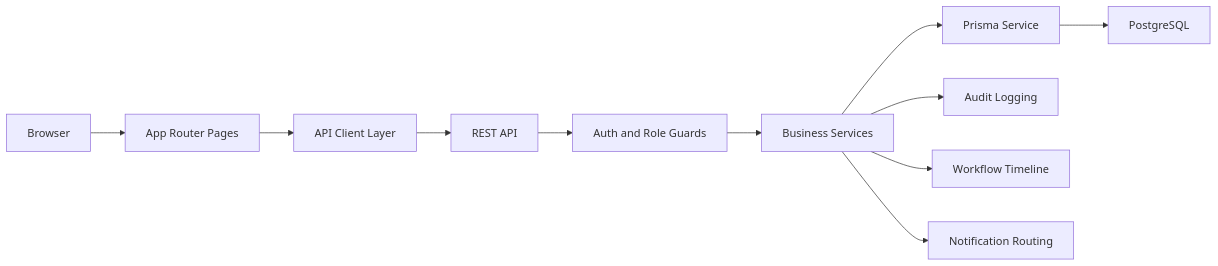
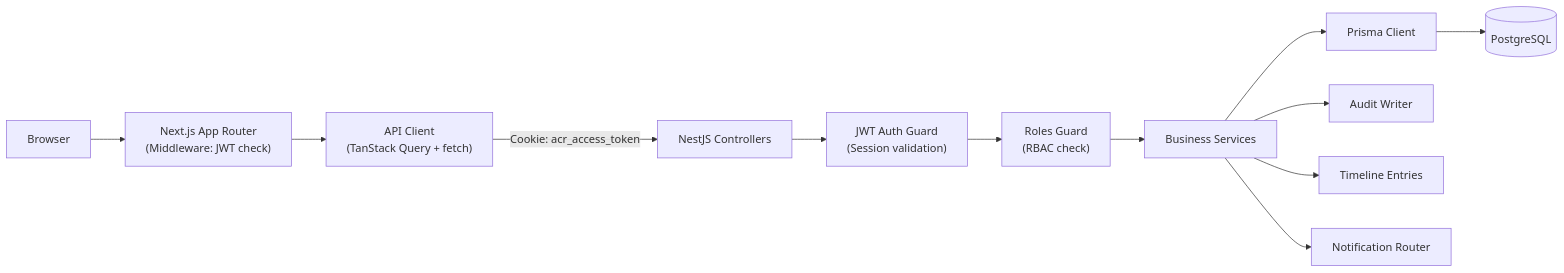
The second of 7 diagrams in README.md (Aliktk/smart-acr), drawn with Mermaid before and after one commit. The commit also changed other lines of this file and 275 other files, not shown here.

````diff
--- a/README.md
+++ b/README.md
@@ -150,13 +128,14 @@
 ```mermaid
 flowchart LR
-    Browser --> Routes[App Router Pages]
-    Routes --> Client[API Client Layer]
-    Client --> Backend[REST API]
-    Backend --> Guards[Auth and Role Guards]
-    Guards --> Services[Business Services]
-    Services --> Prisma[Prisma Service]
-    Prisma --> Postgres[PostgreSQL]
-    Services --> AuditTrail[Audit Logging]
-    Services --> Timeline[Workflow Timeline]
-    Services --> Notifications[Notification Routing]
+    Browser --> AppRouter["Next.js App Router\n(Middleware: JWT check)"]
+    AppRouter --> APIClient["API Client\n(TanStack Query + fetch)"]
+    APIClient -->|Cookie: acr_access_token| REST["NestJS Controllers"]
+    REST --> JWTGuard["JWT Auth Guard\n(Session validation)"]
+    JWTGuard --> RolesGuard["Roles Guard\n(RBAC check)"]
+    RolesGuard --> Services["Business Services"]
+    Services --> Prisma["Prisma Client"]
+    Prisma --> PostgreSQL[(PostgreSQL)]
+    Services --> AuditWriter["Audit Writer"]
+    Services --> Timeline["Timeline Entries"]
+    Services --> Notifications["Notification Router"]
 ```
````
